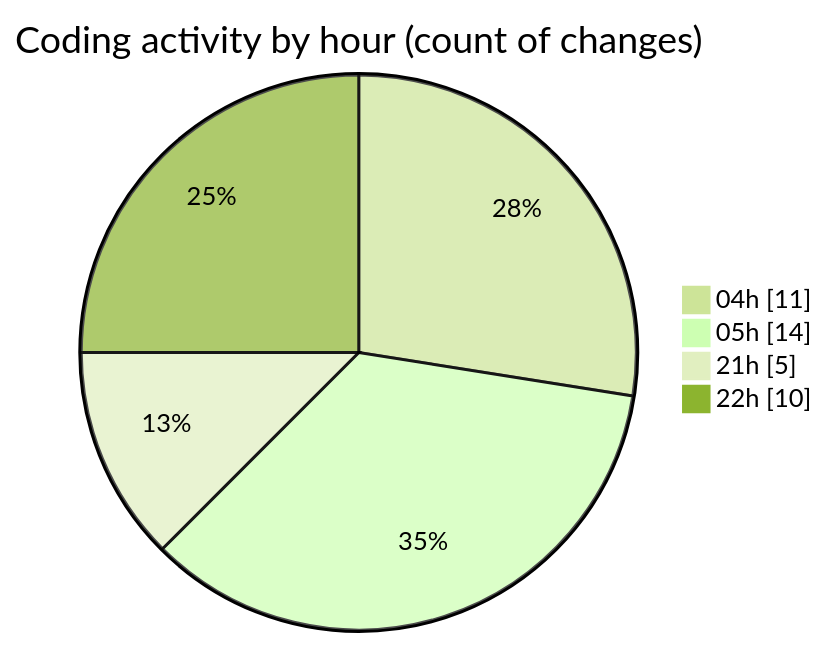
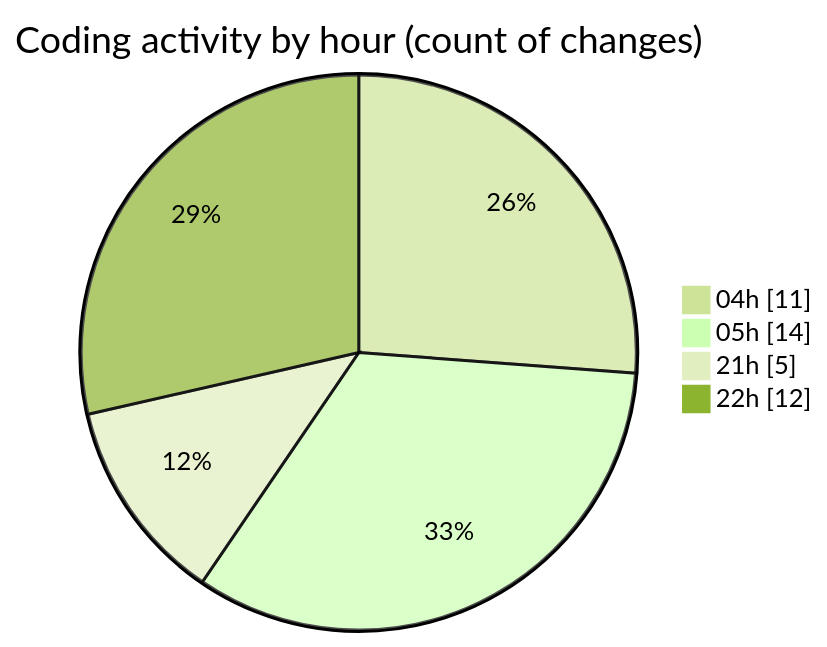
One commit to idhammustaqopulfikri/code-tracking changed the second of 2 diagrams in 2025-03-27/autodidak/README.md. Above: the diagram before and after it, drawn with Mermaid (forest theme). The commit also changed other lines of this file and 1 other file, not shown here.

````diff
--- a/2025-03-27/autodidak/README.md
+++ b/2025-03-27/autodidak/README.md
@@ -36,8 +36,8 @@
 ```mermaid
 pie showData
 title Coding activity by hour (count of changes)
 "04h" : 11
 "05h" : 14
 "21h" : 5
-"22h" : 10
+"22h" : 12
 ```
````
